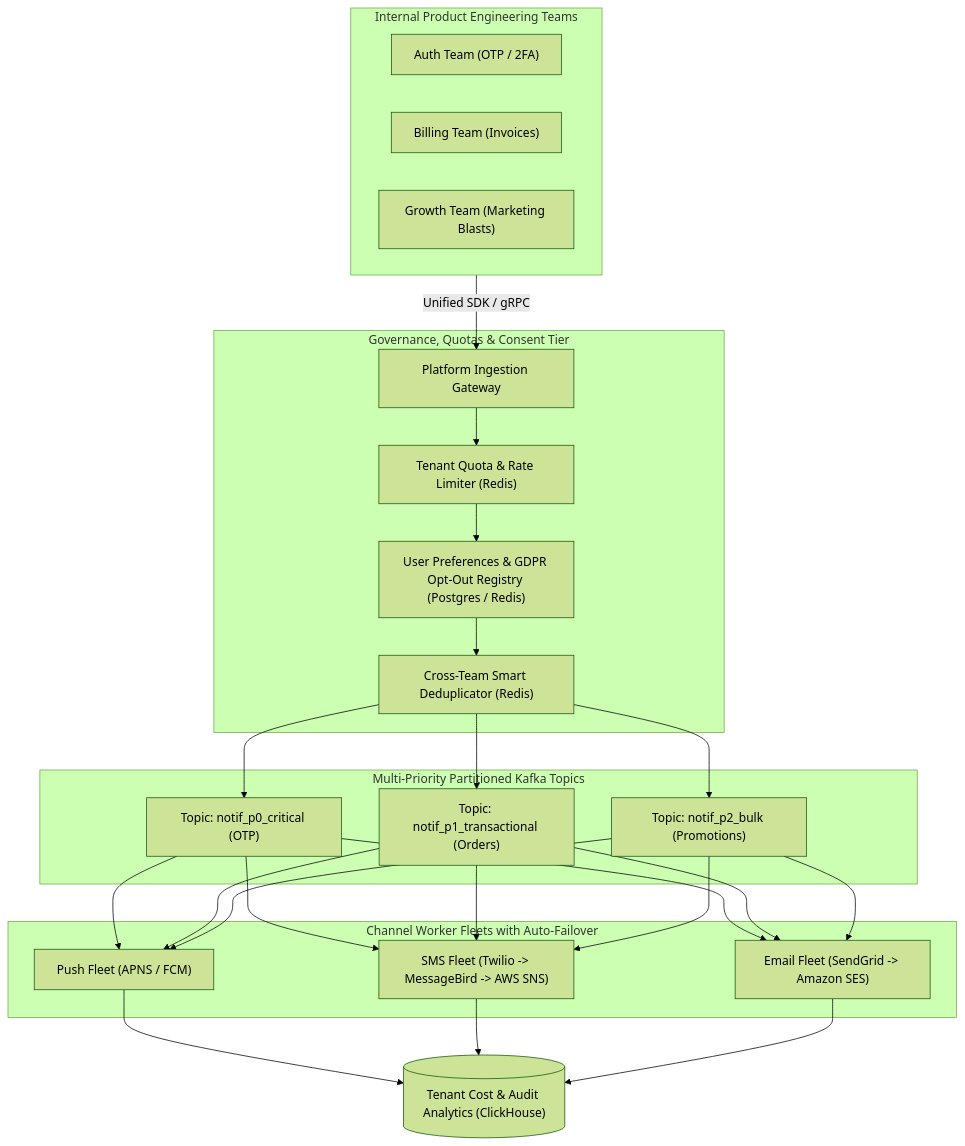
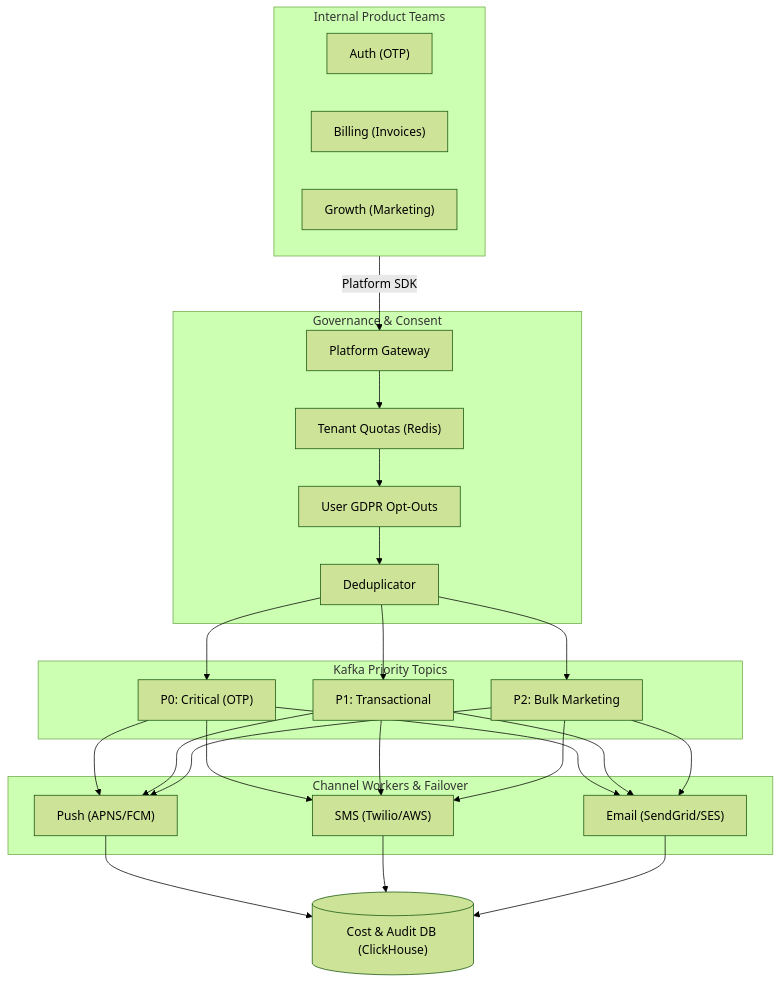
One commit to Sourav108/strivers-lld changed the diagram in strivers-hld/19-Interview-Problems-Staff-Scope/01-Company-Wide-Notification-Platform/README.md. Above: the diagram before and after it, drawn with Mermaid (forest theme). The commit also changed 39 other files, not shown here.

Commit message:
fix(mermaid): wrap node labels, simplify diamonds, and reformat wide diagrams for perfect GitHub rendering

````diff
--- a/strivers-hld/19-Interview-Problems-Staff-Scope/01-Company-Wide-Notification-Platform/README.md
+++ b/strivers-hld/19-Interview-Problems-Staff-Scope/01-Company-Wide-Notification-Platform/README.md
@@ -5,30 +5,30 @@
 ```mermaid
 flowchart TD
-    subgraph InternalTenants["Internal Product Engineering Teams"]
-        T1["Auth Team (OTP / 2FA)"]
-        T2["Billing Team (Invoices)"]
-        T3["Growth Team (Marketing Blasts)"]
+    subgraph InternalTenants["Internal Product Teams"]
+        T1["Auth (OTP)"]
+        T2["Billing (Invoices)"]
+        T3["Growth (Marketing)"]
     end
 
-    InternalTenants -->|Unified SDK / gRPC| IngestGW["Platform Ingestion Gateway"]
+    InternalTenants -->|Platform SDK| IngestGW["Platform Gateway"]
 
-    subgraph GovernanceTier["Governance, Quotas & Consent Tier"]
-        IngestGW --> QuotaEnforcer["Tenant Quota & Rate Limiter (Redis)"]
-        QuotaEnforcer --> ConsentStore["User Preferences & GDPR Opt-Out Registry (Postgres / Redis)"]
-        ConsentStore --> Deduplicator["Cross-Team Smart Deduplicator (Redis)"]
+    subgraph GovernanceTier["Governance & Consent"]
+        IngestGW --> QuotaEnforcer["Tenant Quotas (Redis)"]
+        QuotaEnforcer --> ConsentStore["User GDPR Opt-Outs"]
+        ConsentStore --> Deduplicator["Deduplicator"]
     end
 
-    subgraph PriorityStreamingTier["Multi-Priority Partitioned Kafka Topics"]
-        Deduplicator --> P0["Topic: notif_p0_critical (OTP)"]
-        Deduplicator --> P1["Topic: notif_p1_transactional (Orders)"]
-        Deduplicator --> P2["Topic: notif_p2_bulk (Promotions)"]
+    subgraph PriorityStreamingTier["Kafka Priority Topics"]
+        Deduplicator --> P0["P0: Critical (OTP)"]
+        Deduplicator --> P1["P1: Transactional"]
+        Deduplicator --> P2["P2: Bulk Marketing"]
     end
 
-    subgraph MultiVendorWorkerFleet["Channel Worker Fleets with Auto-Failover"]
-        P0 & P1 & P2 --> PushFleet["Push Fleet (APNS / FCM)"]
-        P0 & P1 & P2 --> SMSFleet["SMS Fleet (Twilio -> MessageBird -> AWS SNS)"]
-        P0 & P1 & P2 --> EmailFleet["Email Fleet (SendGrid -> Amazon SES)"]
+    subgraph ChannelWorkers["Channel Workers & Failover"]
+        P0 & P1 & P2 --> PushFleet["Push (APNS/FCM)"]
+        P0 & P1 & P2 --> SMSFleet["SMS (Twilio/AWS)"]
+        P0 & P1 & P2 --> EmailFleet["Email (SendGrid/SES)"]
     end
 
-    PushFleet & SMSFleet & EmailFleet --> TelemetryDB[("Tenant Cost & Audit Analytics (ClickHouse)")]
+    PushFleet & SMSFleet & EmailFleet --> TelemetryDB[("Cost & Audit DB (ClickHouse)")]
 ```
````
